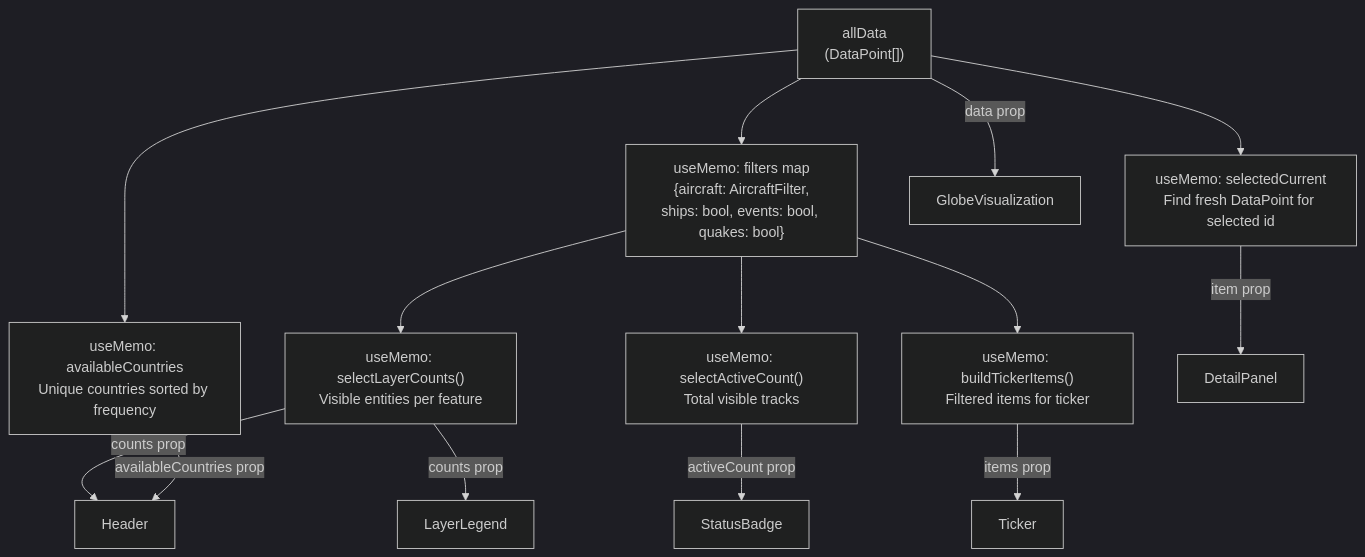
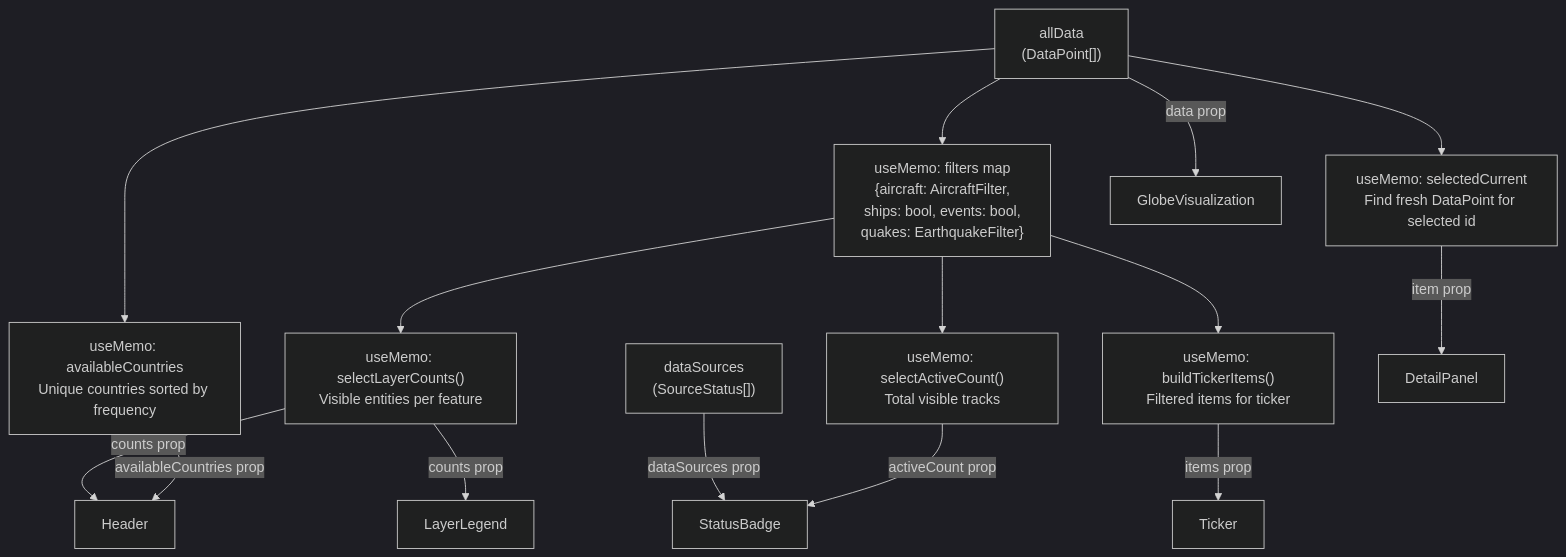
One commit to iiTONELOC/sigint changed the fourth of 14 diagrams in docs/architecture.md. Above: the diagram before and after it, drawn with Mermaid (dark theme). The commit also changed other lines of this file and 30 other files, not shown here.

First line of the commit message:
feat: live USGS earthquake data, feature domain structure, intel links,

````diff
--- a/docs/architecture.md
+++ b/docs/architecture.md
@@ -244,20 +277,21 @@
 ```mermaid
 flowchart TD
     allData["allData<br/>(DataPoint[])"]
 
-    allData --> Filters["useMemo: filters map<br/>{aircraft: AircraftFilter,<br/>ships: bool, events: bool, quakes: bool}"]
+    allData --> Filters["useMemo: filters map<br/>{aircraft: AircraftFilter,<br/>ships: bool, events: bool,<br/>quakes: EarthquakeFilter}"]
     allData --> SelCurrent["useMemo: selectedCurrent<br/>Find fresh DataPoint for selected id"]
     allData --> Countries["useMemo: availableCountries<br/>Unique countries sorted by frequency"]
 
     Filters --> Counts["useMemo: selectLayerCounts()<br/>Visible entities per feature"]
     Filters --> Active["useMemo: selectActiveCount()<br/>Total visible tracks"]
     Filters --> Ticker["useMemo: buildTickerItems()<br/>Filtered items for ticker"]
 
     allData -->|"data prop"| Globe["GlobeVisualization"]
     Counts -->|"counts prop"| Header
     Counts -->|"counts prop"| Legend["LayerLegend"]
-    Active -->|"activeCount prop"| Status["StatusBadge"]
+    DSources["dataSources<br/>(SourceStatus[])"] -->|"dataSources prop"| Status["StatusBadge"]
+    Active -->|"activeCount prop"| Status
     Ticker -->|"items prop"| TickerComp["Ticker"]
     SelCurrent -->|"item prop"| Detail["DetailPanel"]
     Countries -->|"availableCountries prop"| Header
 ```
````
